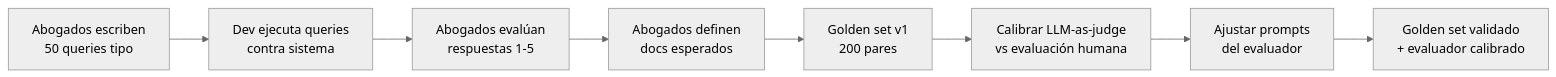
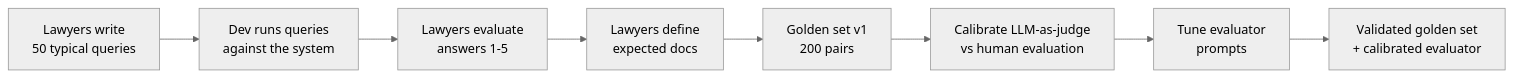
The first of 3 diagrams in docs/technical/05-ai-quality-evaluation.md (pablonux/legal-ai-ar), drawn with Mermaid (neutral theme) before and after one commit. The commit also changed other lines of this file and 1 other file, not shown here.

````diff
--- a/docs/technical/05-ai-quality-evaluation.md
+++ b/docs/technical/05-ai-quality-evaluation.md
@@ -94,10 +96,10 @@
 ```mermaid
 flowchart LR
-    A[Abogados escriben<br/>50 queries tipo] --> B[Dev ejecuta queries<br/>contra sistema]
-    B --> C[Abogados evalúan<br/>respuestas 1-5]
-    C --> D[Abogados definen<br/>docs esperados]
-    D --> E[Golden set v1<br/>200 pares]
-    E --> F[Calibrar LLM-as-judge<br/>vs evaluación humana]
-    F --> G[Ajustar prompts<br/>del evaluador]
-    G --> H[Golden set validado<br/>+ evaluador calibrado]
+    A[Lawyers write<br/>50 typical queries] --> B[Dev runs queries<br/>against the system]
+    B --> C[Lawyers evaluate<br/>answers 1-5]
+    C --> D[Lawyers define<br/>expected docs]
+    D --> E[Golden set v1<br/>200 pairs]
+    E --> F[Calibrate LLM-as-judge<br/>vs human evaluation]
+    F --> G[Tune evaluator<br/>prompts]
+    G --> H[Validated golden set<br/>+ calibrated evaluator]
 ```
````
